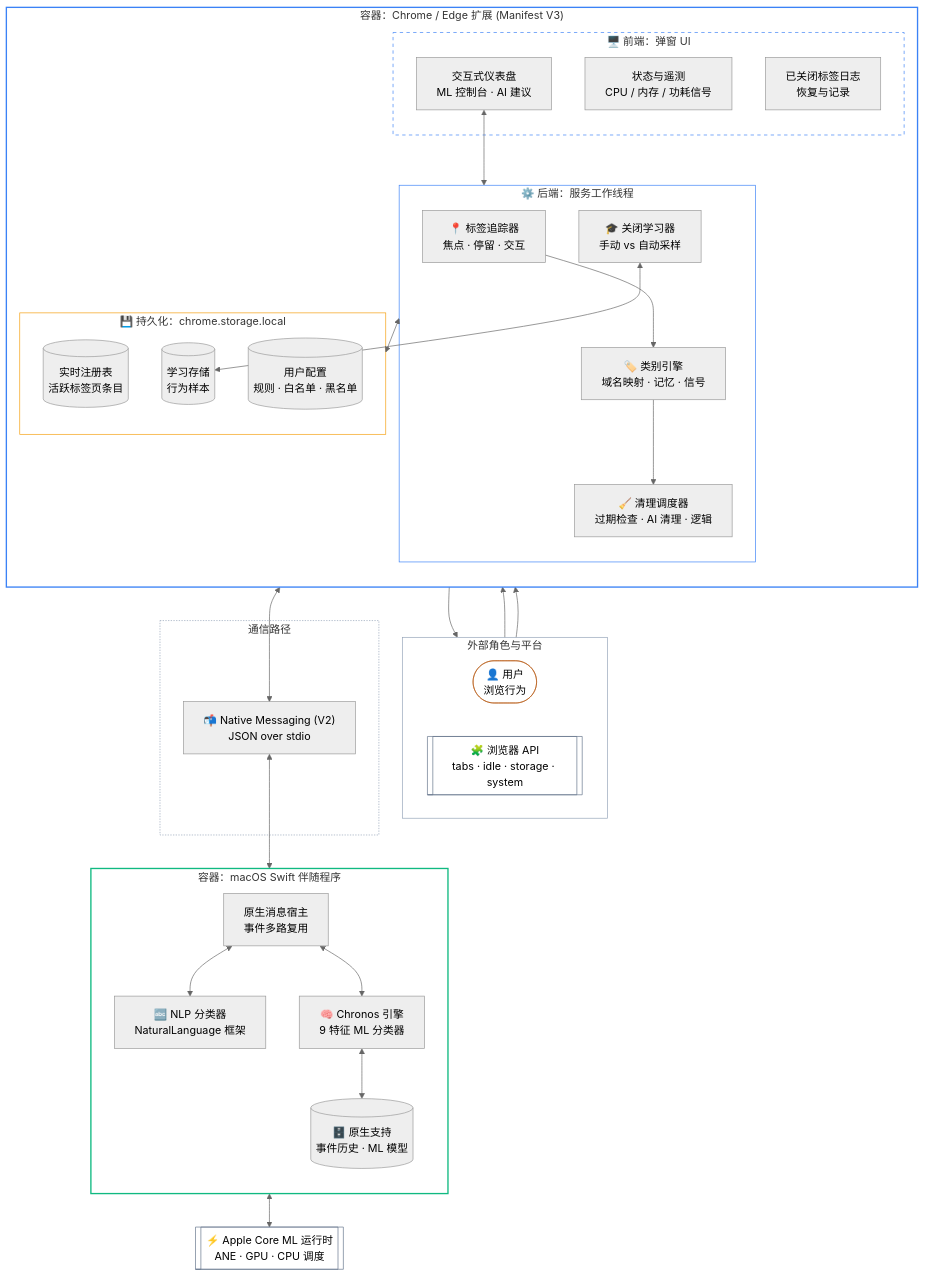
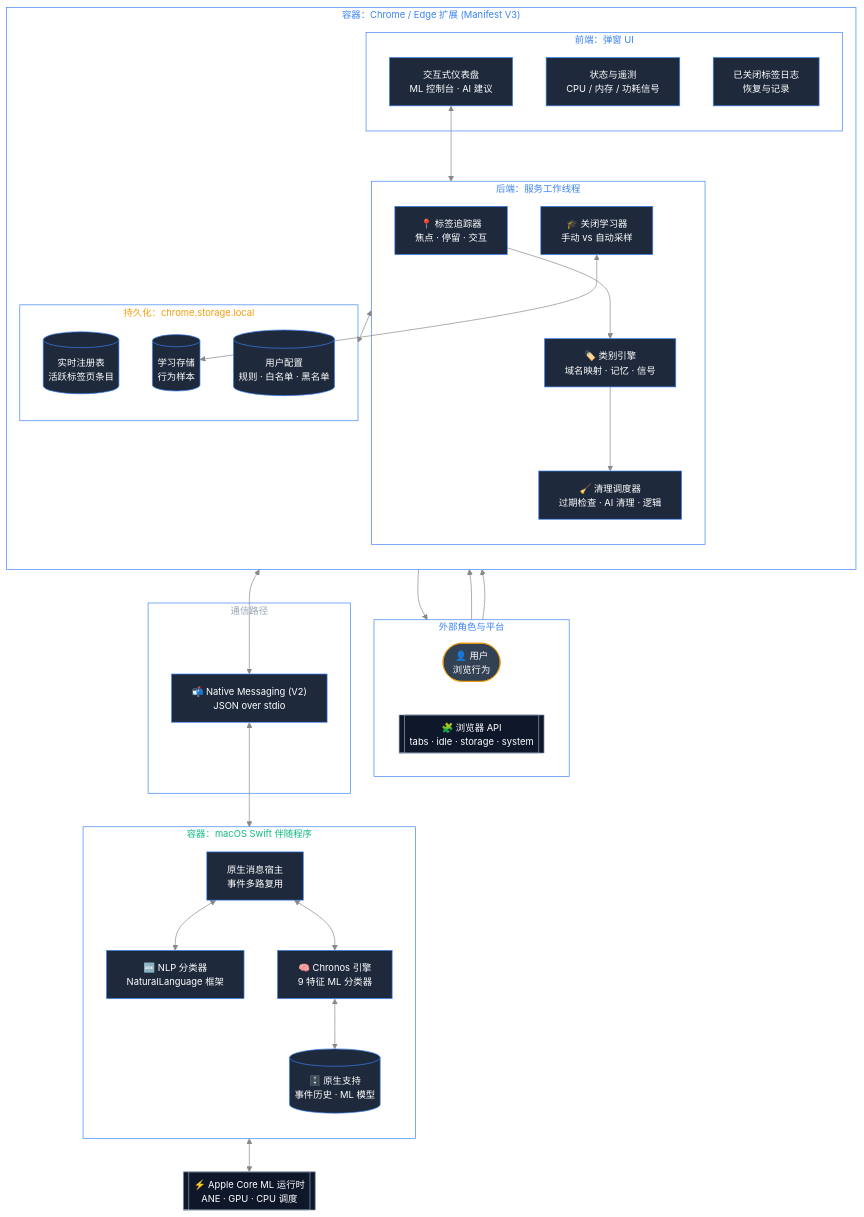
One commit to dubianche123/device-native-tab-hygiene changed the diagram in README_CN.md. Above: the diagram before and after it, drawn with Mermaid. The commit also changed 1 other file, not shown here.

Commit message:
Fix dark mode visibility with high-contrast text and explicit node styling

````diff
--- a/README_CN.md
+++ b/README_CN.md
@@ -19,39 +19,52 @@
 ```mermaid
-%%{init: {'theme': 'neutral', 'themeVariables': { 'primaryColor': '#3b82f6', 'edgeLabelBackground':'transparent' }}}%%
+%%{init: {
+  'theme': 'base',
+  'themeVariables': {
+    'primaryColor': '#0052cc',
+    'primaryTextColor': '#fff',
+    'primaryBorderColor': '#0052cc',
+    'lineColor': '#888',
+    'secondaryColor': '#006100',
+    'tertiaryColor': '#fff',
+    'clusterBkg': 'rgba(255, 255, 255, 0.05)',
+    'clusterBorder': '#3b82f6',
+    'fontSize': '14px'
+  }
+}}%%
 flowchart TB
-  subgraph actors["外部角色与平台"]
+  subgraph actors["<span style='color:#3b82f6'>外部角色与平台</span>"]
     direction LR
     user(["👤 用户<br/>浏览行为"])
     chrome[["🧩 浏览器 API<br/>tabs · idle · storage · system"]]
   end
 
-  subgraph browser["容器：Chrome / Edge 扩展 (Manifest V3)"]
+  subgraph browser["<span style='color:#3b82f6'>容器：Chrome / Edge 扩展 (Manifest V3)</span>"]
     direction TB
-    subgraph popup["🖥️ 前端：弹窗 UI"]
+    subgraph popup["<span style='color:#3b82f6'>前端：弹窗 UI</span>"]
       p_ui["交互式仪表盘<br/>ML 控制台 · AI 建议"]
       p_telemetry["状态与遥测<br/>CPU / 内存 / 功耗信号"]
       p_log["已关闭标签日志<br/>恢复与记录"]
     end
 
-    subgraph background["⚙️ 后端：服务工作线程"]
+    subgraph background["<span style='color:#3b82f6'>后端：服务工作线程</span>"]
       b_tracker["📍 标签追踪器<br/>焦点 · 停留 · 交互"]
       b_learner["🎓 关闭学习器<br/>手动 vs 自动采样"]
       b_engine["🏷️ 类别引擎<br/>域名映射 · 记忆 · 信号"]
       b_orchestrator["🧹 清理调度器<br/>过期检查 · AI 清理 · 逻辑"]
     end
 
-    subgraph storage["💾 持久化：chrome.storage.local"]
+    subgraph storage["<span style='color:#f59e0b'>持久化：chrome.storage.local</span>"]
       s_registry[("实时注册表<br/>活跃标签页条目")]
       s_samples[("学习存储<br/>行为样本")]
       s_settings[("用户配置<br/>规则 · 白名单 · 黑名单")]
     end
   end
 
-  subgraph ipc["通信路径"]
+  subgraph ipc["<span style='color:#94a3b8'>通信路径</span>"]
     nativeBus["📬 Native Messaging (V2)<br/>JSON over stdio"]
   end
 
-  subgraph native["容器：macOS Swift 伴随程序"]
+  subgraph native["<span style='color:#10b981'>容器：macOS Swift 伴随程序</span>"]
     direction TB
     n_host["原生消息宿主<br/>事件多路复用"]
     n_classifier["🔤 NLP 分类器<br/>NaturalLanguage 框架"]
@@ -78,17 +91,11 @@
   n_chronos <--> n_storage
   n_chronos <--> coreml
 
-  %% 样式：使用透明填充和中性色边框以适配暗色模式
-  style actors fill:none,stroke:#94a3b8,stroke-width:1px
-  style browser fill:none,stroke:#3b82f6,stroke-width:2px
-  style native fill:none,stroke:#10b981,stroke-width:2px
-  style popup fill:none,stroke:#3b82f6,stroke-dasharray: 5 5
-  style background fill:none,stroke:#3b82f6
-  style storage fill:none,stroke:#f59e0b
-  style ipc fill:none,stroke:#94a3b8,stroke-dasharray: 2 2
-
-  classDef actor fill:none,stroke:#b45309,stroke-width:1px
-  classDef platform fill:none,stroke:#64748b,stroke-width:1px
+  %% 全局节点样式
+  classDef default fill:#1e293b,stroke:#3b82f6,color:#fff,stroke-width:1px
+  classDef actor fill:#334155,stroke:#f59e0b,color:#fff,stroke-width:1px
+  classDef platform fill:#0f172a,stroke:#94a3b8,color:#fff,stroke-width:1px
+  
   class user actor
   class chrome,coreml platform
 ```
````
